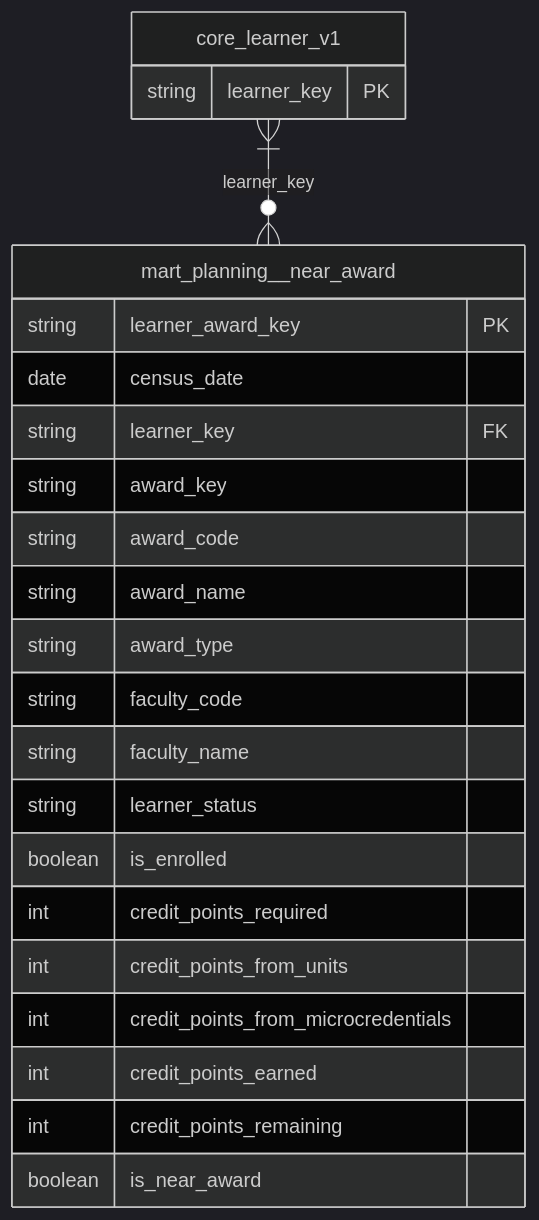
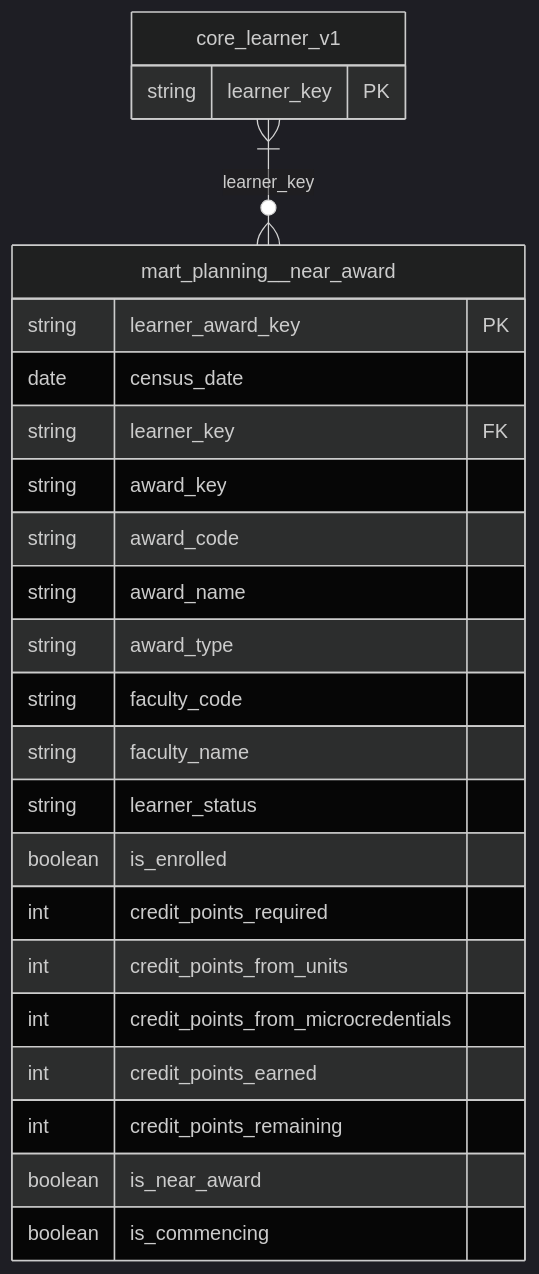
Before and after one commit to roanboc/learning-data: the diagram in films/analytics-engineering/project/models/marts/planning/_planning__physical.md, drawn with Mermaid (dark theme). The commit also changed 63 other files, not shown here.

````diff
--- a/films/analytics-engineering/project/models/marts/planning/_planning__physical.md
+++ b/films/analytics-engineering/project/models/marts/planning/_planning__physical.md
@@ -7,26 +7,27 @@
 ```mermaid
 erDiagram
     mart_planning__near_award {
         string learner_award_key PK
         date census_date
         string learner_key FK
         string award_key
         string award_code
         string award_name
         string award_type
         string faculty_code
         string faculty_name
         string learner_status
         boolean is_enrolled
         int credit_points_required
         int credit_points_from_units
         int credit_points_from_microcredentials
         int credit_points_earned
         int credit_points_remaining
         boolean is_near_award
+        boolean is_commencing
     }
     core_learner_v1 {
         string learner_key PK
     }
     core_learner_v1 }|--o{ mart_planning__near_award : "learner_key"
 ```
````
